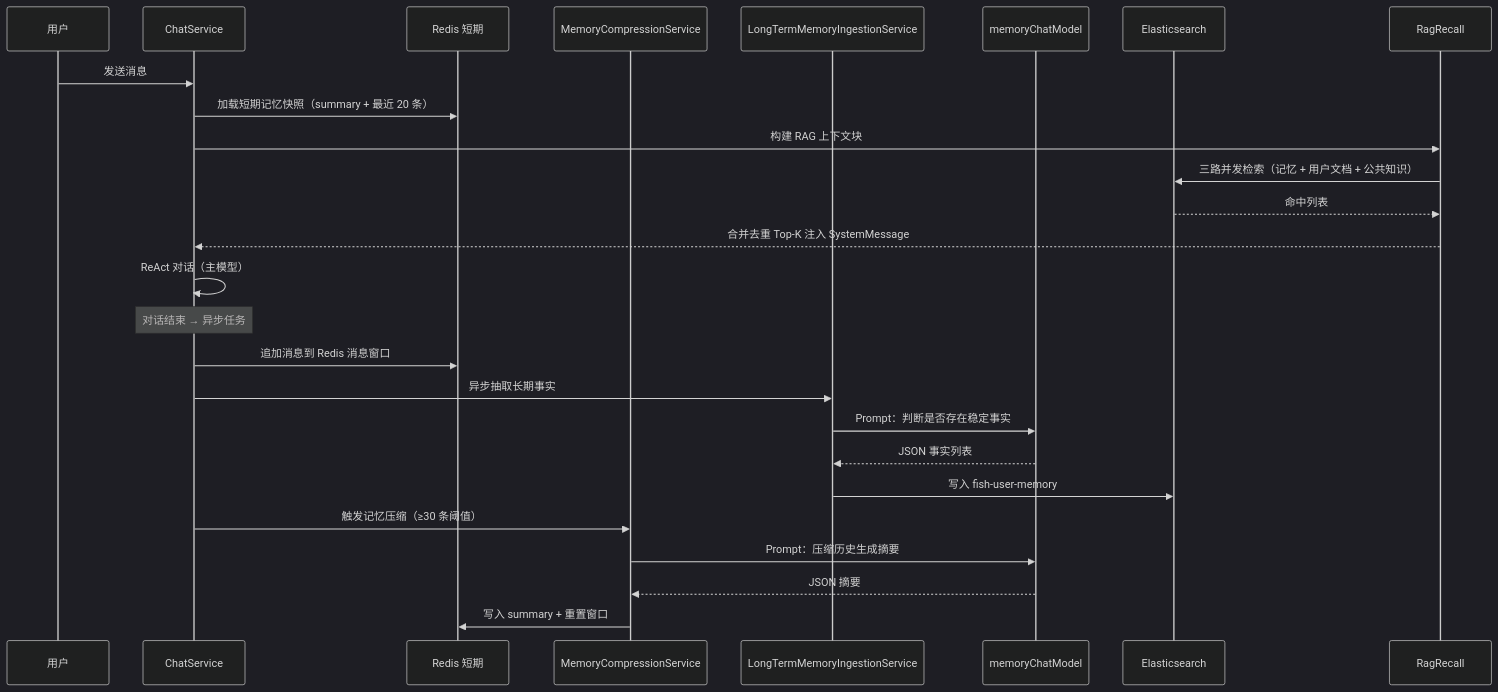
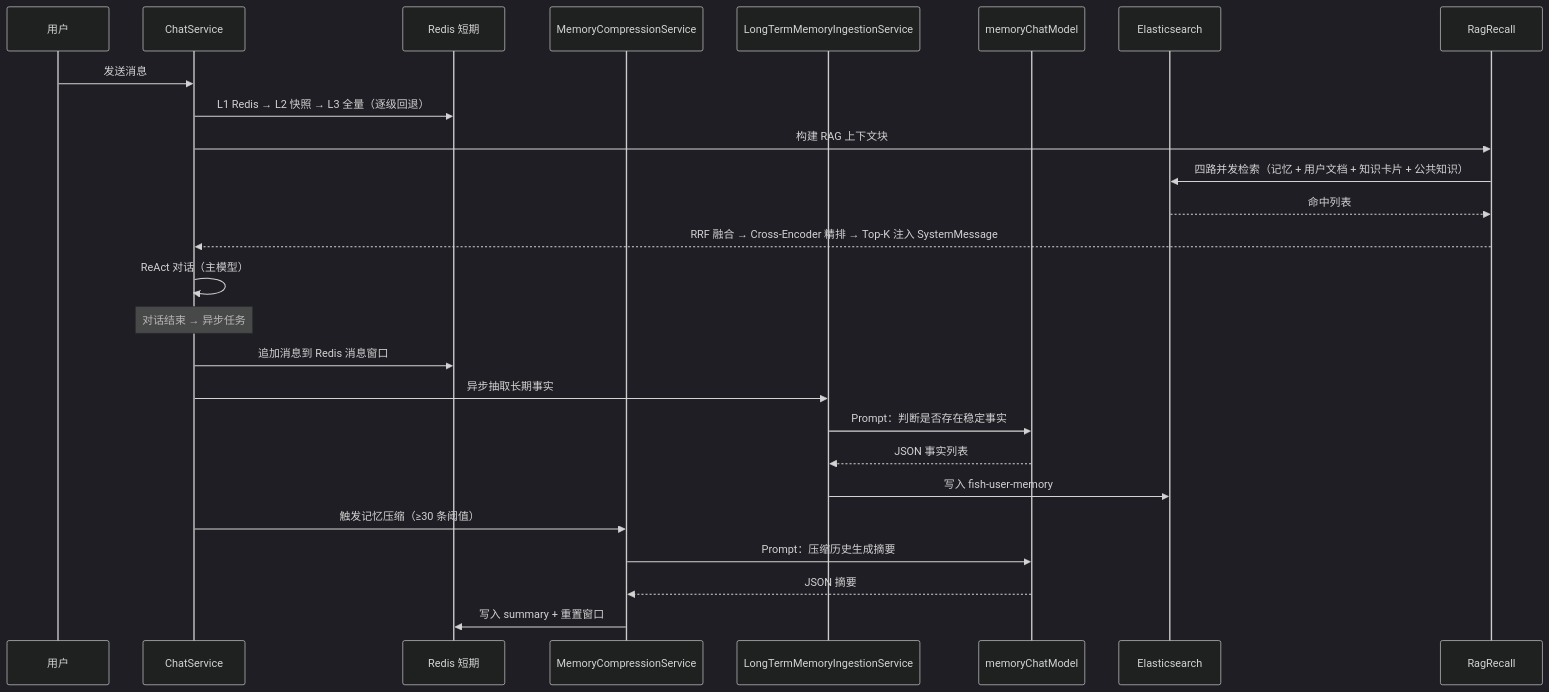
One commit to Yuyu123fish/Fish-Agent changed the second of 3 diagrams in README.md. Above: the diagram before and after it, drawn with Mermaid (dark theme). The commit also changed other lines of this file and 2 other files, not shown here.

````diff
--- a/README.md
+++ b/README.md
@@ -71,30 +74,30 @@
 ```mermaid
 sequenceDiagram
     participant User as 用户
     participant CS as ChatService
     participant STS as Redis 短期
     participant Compress as MemoryCompressionService
     participant Ingest as LongTermMemoryIngestionService
     participant LLM as memoryChatModel
     participant ES as Elasticsearch
     participant RAG as RagRecall
 
     User->>CS: 发送消息
-    CS->>STS: 加载短期记忆快照（summary + 最近 20 条）
+    CS->>STS: L1 Redis → L2 快照 → L3 全量（逐级回退）
     CS->>RAG: 构建 RAG 上下文块
-    RAG->>ES: 三路并发检索（记忆 + 用户文档 + 公共知识）
+    RAG->>ES: 四路并发检索（记忆 + 用户文档 + 知识卡片 + 公共知识）
     ES-->>RAG: 命中列表
-    RAG-->>CS: 合并去重 Top-K 注入 SystemMessage
+    RAG-->>CS: RRF 融合 → Cross-Encoder 精排 → Top-K 注入 SystemMessage
     CS->>CS: ReAct 对话（主模型）
 
     Note over CS: 对话结束 → 异步任务
     CS->>STS: 追加消息到 Redis 消息窗口
     CS->>Ingest: 异步抽取长期事实
     Ingest->>LLM: Prompt：判断是否存在稳定事实
     LLM-->>Ingest: JSON 事实列表
     Ingest->>ES: 写入 fish-user-memory
     CS->>Compress: 触发记忆压缩（≥30 条阈值）
     Compress->>LLM: Prompt：压缩历史生成摘要
     LLM-->>Compress: JSON 摘要
     Compress->>STS: 写入 summary + 重置窗口
 ```
````
